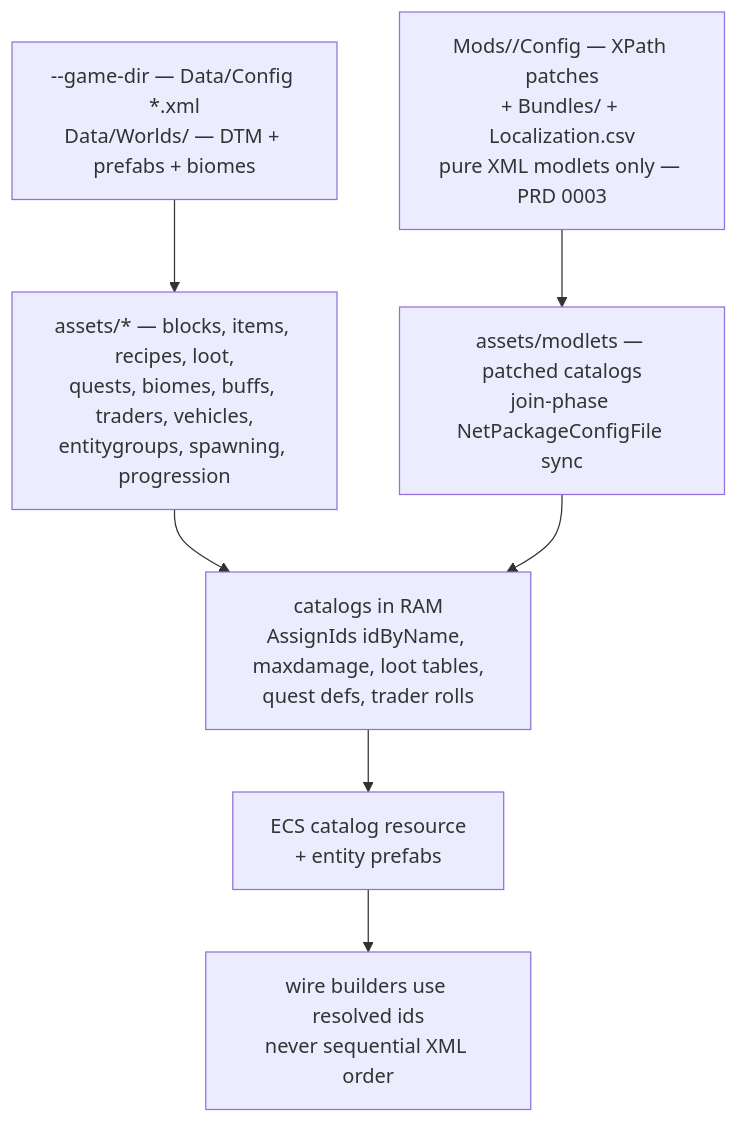
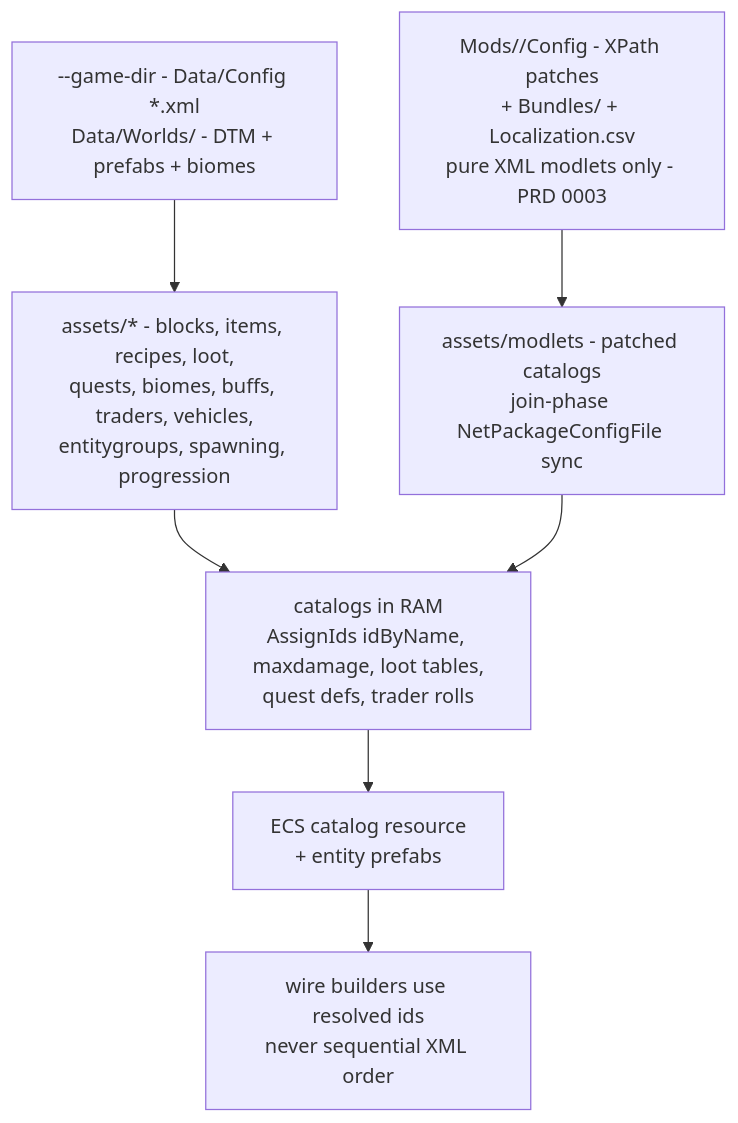
One commit to hordeforge/zdtd-server changed diagram 17 of 19 in docs/ARCHITECTURE.md. Above: the diagram before and after it, drawn with Mermaid. The commit also changed other lines of this file and 118 other files, not shown here.

````diff
--- a/docs/ARCHITECTURE.md
+++ b/docs/ARCHITECTURE.md
@@ -627,9 +627,9 @@
 ```mermaid
 flowchart TB
-    GAME_DIR["--game-dir — Data/Config *.xml<br/>Data/Worlds/<Name> — DTM + prefabs + biomes"] --> ASSETS
-    ASSETS["assets/* — blocks, items, recipes, loot,<br/>quests, biomes, buffs, traders, vehicles,<br/>entitygroups, spawning, progression"] --> CATALOGS
+    GAME_DIR["--game-dir - Data/Config *.xml<br/>Data/Worlds/<Name> - DTM + prefabs + biomes"] --> ASSETS
+    ASSETS["assets/* - blocks, items, recipes, loot,<br/>quests, biomes, buffs, traders, vehicles,<br/>entitygroups, spawning, progression"] --> CATALOGS
     CATALOGS["catalogs in RAM<br/>AssignIds idByName, maxdamage, loot tables,<br/>quest defs, trader rolls"] --> ECS2[ECS catalog resource<br/>+ entity prefabs]
     ECS2 --> WIRE2[wire builders use resolved ids<br/>never sequential XML order]
-    MODS["Mods/<name>/Config — XPath patches<br/>+ Bundles/ + Localization.csv<br/>pure XML modlets only — PRD 0003"] --> PATCH
-    PATCH["assets/modlets — patched catalogs<br/>join-phase NetPackageConfigFile sync"] --> CATALOGS
+    MODS["Mods/<name>/Config - XPath patches<br/>+ Bundles/ + Localization.csv<br/>pure XML modlets only - PRD 0003"] --> PATCH
+    PATCH["assets/modlets - patched catalogs<br/>join-phase NetPackageConfigFile sync"] --> CATALOGS
 ```
````
